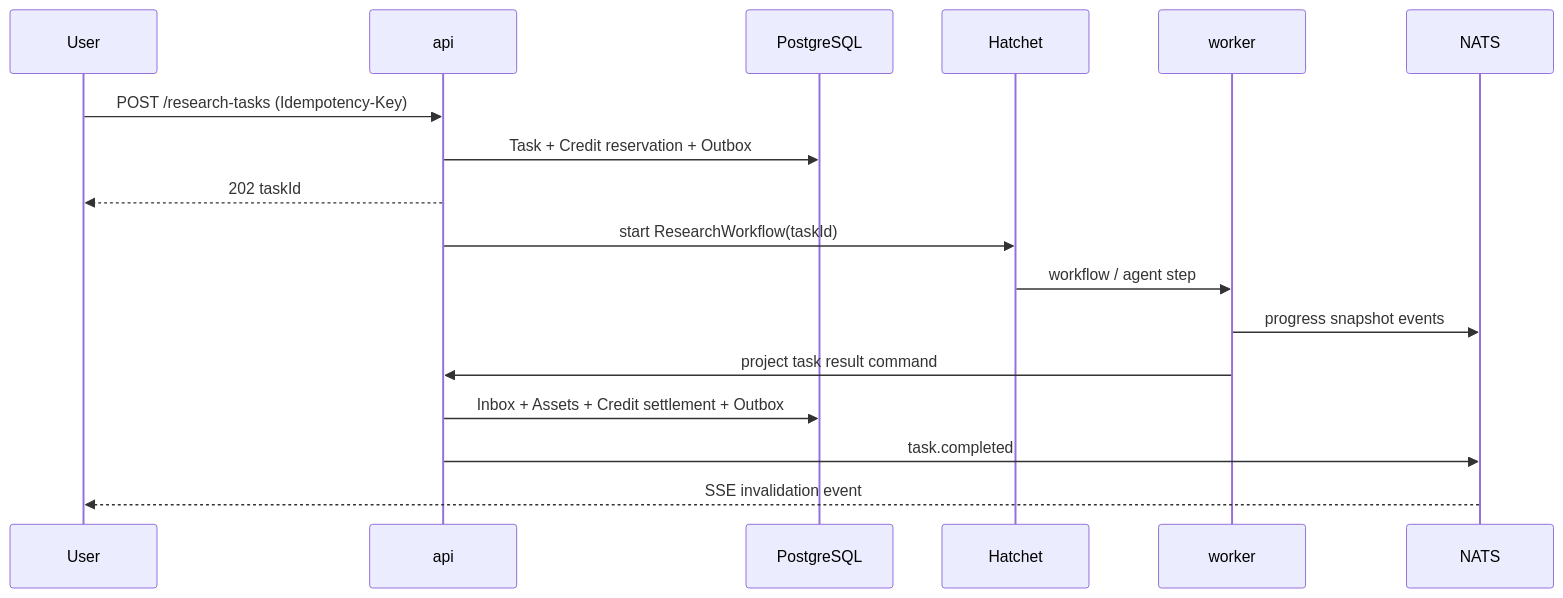
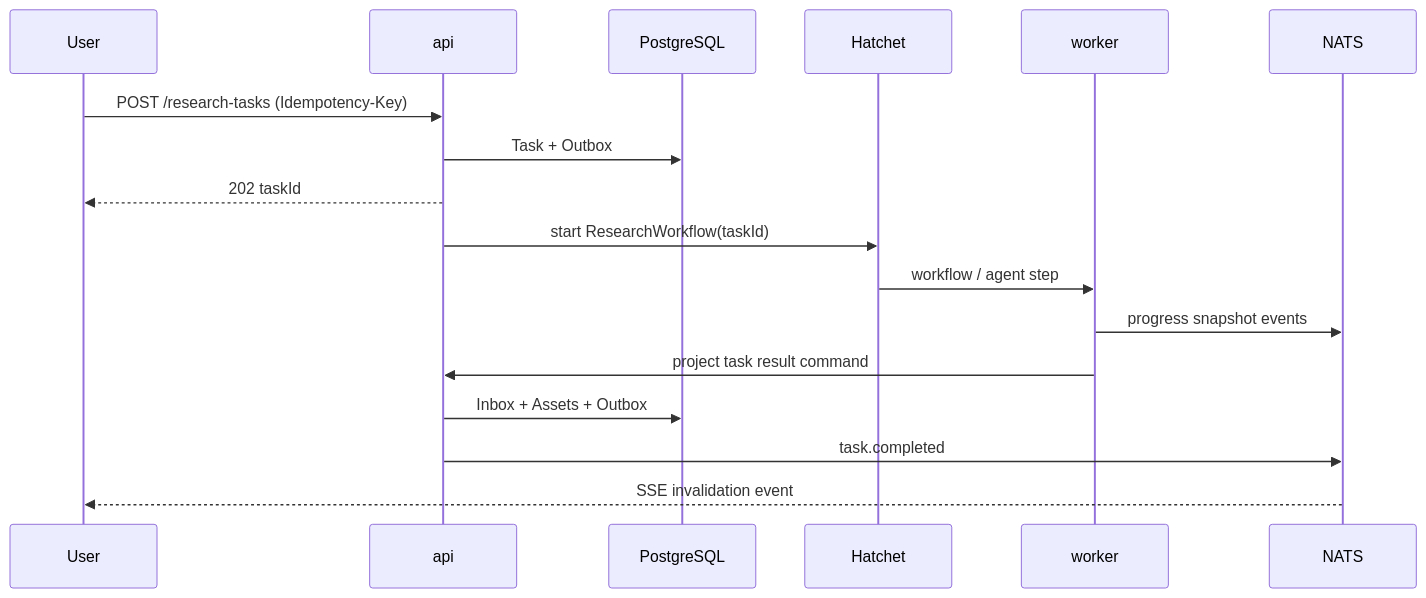
One commit to shiguang-lab/asset-hub changed the second of 2 diagrams in docs/architecture/technical-architecture.md. Above: the diagram before and after it, drawn with Mermaid. The commit also changed other lines of this file and 156 other files, not shown here.

````diff
--- a/docs/architecture/technical-architecture.md
+++ b/docs/architecture/technical-architecture.md
@@ -107,20 +107,20 @@
 ```mermaid
 sequenceDiagram
   participant U as User
   participant API as api
   participant DB as PostgreSQL
   participant H as Hatchet
   participant W as worker
   participant N as NATS
 
   U->>API: POST /research-tasks (Idempotency-Key)
-  API->>DB: Task + Credit reservation + Outbox
+  API->>DB: Task + Outbox
   API-->>U: 202 taskId
   API->>H: start ResearchWorkflow(taskId)
   H->>W: workflow / agent step
   W->>N: progress snapshot events
   W->>API: project task result command
-  API->>DB: Inbox + Assets + Credit settlement + Outbox
+  API->>DB: Inbox + Assets + Outbox
   API->>N: task.completed
   N-->>U: SSE invalidation event
 ```
````
